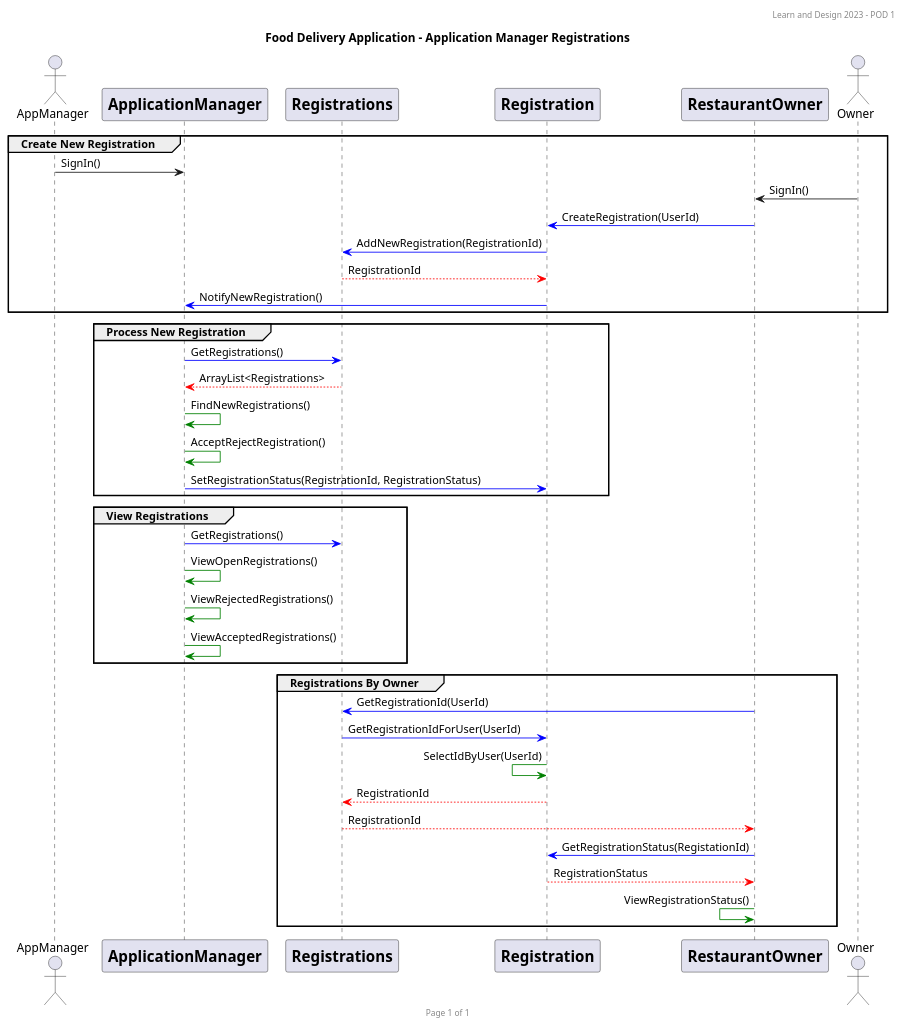
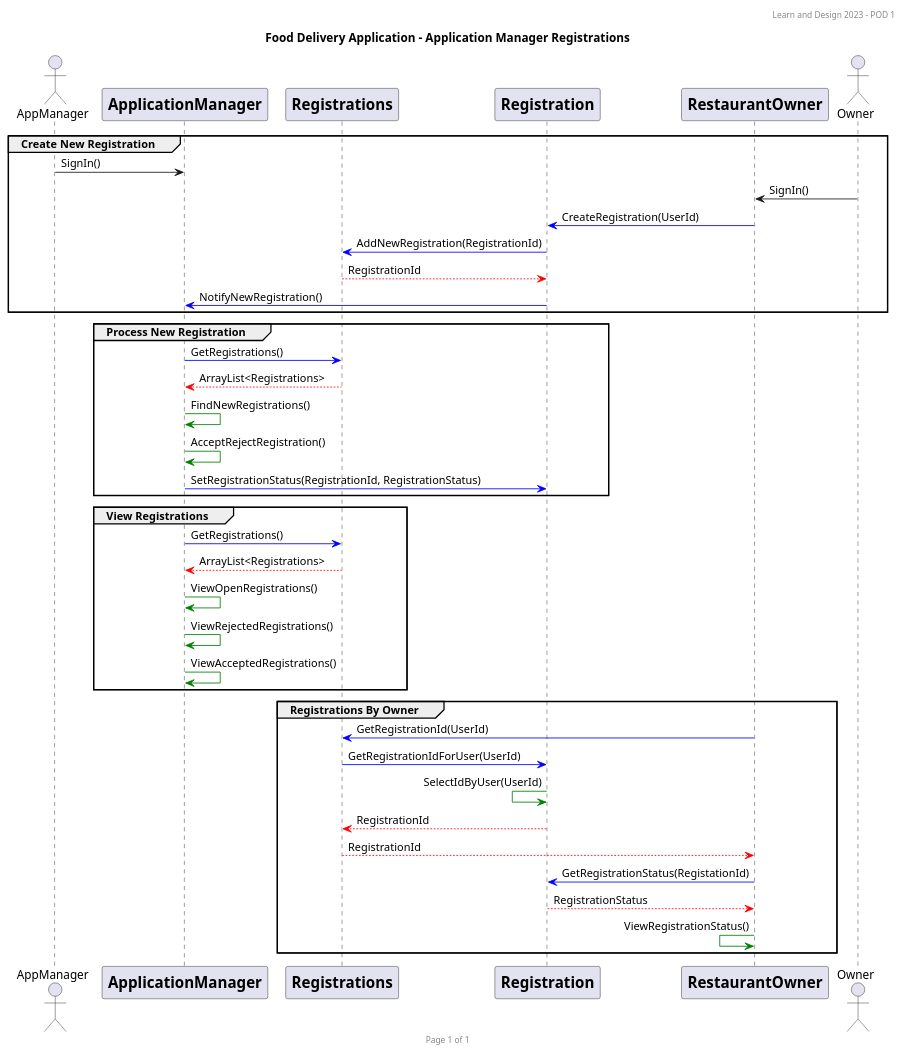
The diagram in SequenceDiagram/ApplicationManager-Registration-sequencey.puml (WestonDockstader/FoodDeliveryApp), drawn with PlantUML before and after one commit. The commit also changed 1 other file, not shown here.

```diff
--- a/SequenceDiagram/ApplicationManager-Registration-sequencey.puml
+++ b/SequenceDiagram/ApplicationManager-Registration-sequencey.puml
@@ -1,60 +1,61 @@
 @startuml
 header Learn and Design 2023 - POD 1
 footer Page %page% of %lastpage%
 
 title: Food Delivery Application - Application Manager Registrations
 
 actor AppManager
 
 participant ApplicationManager [
     = ApplicationManager
 ]
 
 participant Registrations [
     = Registrations
 ]
 
 participant Registration [
     = Registration
 ]
 
 participant RestaurantOwner [
     = RestaurantOwner
 ]
 
 actor Owner
 
     group Create New Registration
 AppManager -> ApplicationManager : SignIn()
 RestaurantOwner <- Owner : SignIn()
 Registration <[#blue]- RestaurantOwner : CreateRegistration(UserId)
 Registrations <[#blue]- Registration : AddNewRegistration(RegistrationId)
 Registrations --[#red]> Registration : RegistrationId
 ApplicationManager <[#blue]- Registration : NotifyNewRegistration()
     end
     group Process New Registration
 Registrations <[#blue]- ApplicationManager : GetRegistrations()
 Registrations --[#red]> ApplicationManager : ArrayList<Registrations>
 ApplicationManager -[#green]> ApplicationManager : FindNewRegistrations()
 ApplicationManager -[#green]> ApplicationManager : AcceptRejectRegistration()
 ApplicationManager -[#blue]> Registration : SetRegistrationStatus(RegistrationId, RegistrationStatus)
     end
     group View Registrations
 Registrations <[#blue]- ApplicationManager : GetRegistrations()
+Registrations --[#red]> ApplicationManager : ArrayList<Registrations>
 ApplicationManager -[#green]> ApplicationManager : ViewOpenRegistrations()
 ApplicationManager -[#green]> ApplicationManager : ViewRejectedRegistrations()
 ApplicationManager -[#green]> ApplicationManager : ViewAcceptedRegistrations()
     end
     group Registrations By Owner
 Registrations <[#blue]- RestaurantOwner : GetRegistrationId(UserId)
 Registration <[#blue]- Registrations : GetRegistrationIdForUser(UserId)
 Registration <[#green]- Registration : SelectIdByUser(UserId)
 Registrations <[#red]-- Registration : RegistrationId
 Registrations --[#red]> RestaurantOwner : RegistrationId
 Registration <[#blue]- RestaurantOwner : GetRegistrationStatus(RegistationId)
 Registration --[#red]> RestaurantOwner : RegistrationStatus
 RestaurantOwner <[#green]- RestaurantOwner : ViewRegistrationStatus()
     end
 
 
 @enduml
```
